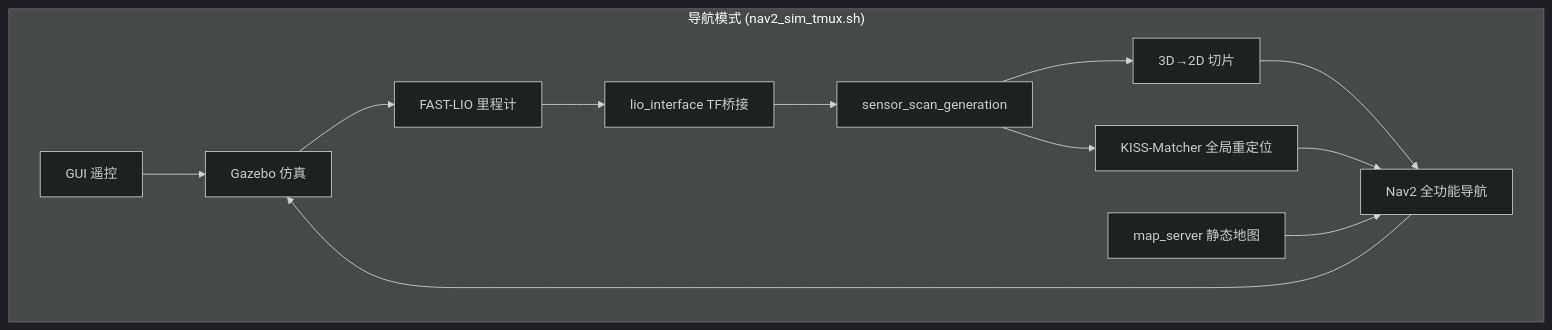
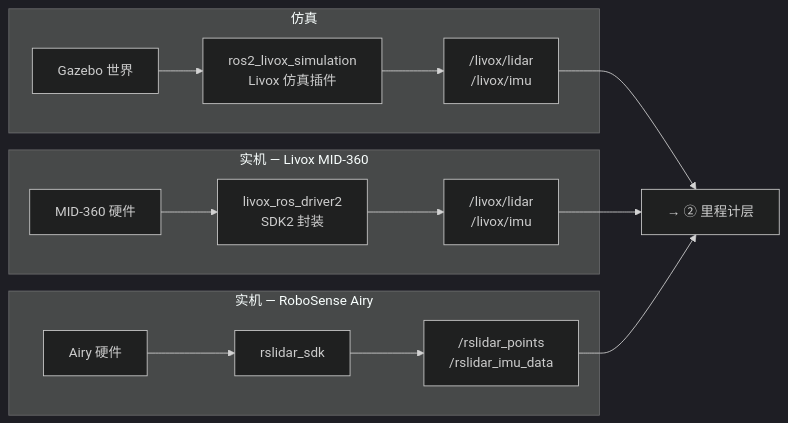
The second of 7 diagrams in docs/arch_detail.md (JunJie1213855/LIO_Nav2_ROS2), drawn with Mermaid (dark theme) before and after one commit. The commit also changed other lines of this file and 14 other files, not shown here.

````diff
--- a/docs/arch_detail.md
+++ b/docs/arch_detail.md
@@ -118,25 +45,18 @@
 ```mermaid
-flowchart TD
-    subgraph NAV["导航模式 (nav2_sim_tmux.sh)"]
-        GUI2["GUI 遥控"]
-        GAZ2["Gazebo 仿真"]
-        F2["FAST-LIO 里程计"]
-        L2["lio_interface TF桥接"]
-        S2["sensor_scan_generation"]
-        P2["3D→2D 切片"]
-        KISS["KISS-Matcher 全局重定位"]
-        MS["map_server 静态地图"]
-        N2["Nav2 全功能导航"]
-
-        GAZ2 --> F2
-        F2 --> L2
-        L2 --> S2
-        S2 --> P2
-        S2 --> KISS
-        P2 --> N2
-        KISS --> N2
-        MS --> N2
-        N2 --> GAZ2
-        GUI2 --> GAZ2
+flowchart LR
+    subgraph SIM["仿真"]
+        GAZ["Gazebo 世界"] --> SIMDRV["ros2_livox_simulation<br/>Livox 仿真插件"]
+        SIMDRV --> TOPIC_S["/livox/lidar<br/>/livox/imu"]
     end
+    subgraph REAL_L["实机 — Livox MID-360"]
+        HW_L["MID-360 硬件"] --> DRV_L["livox_ros_driver2<br/>SDK2 封装"]
+        DRV_L --> TOPIC_L["/livox/lidar<br/>/livox/imu"]
+    end
+    subgraph REAL_A["实机 — RoboSense Airy"]
+        HW_A["Airy 硬件"] --> DRV_A["rslidar_sdk"]
+        DRV_A --> TOPIC_A["/rslidar_points<br/>/rslidar_imu_data"]
+    end
+    TOPIC_S --> NEXT["→ ② 里程计层"]
+    TOPIC_L --> NEXT
+    TOPIC_A --> NEXT
 ```
````
